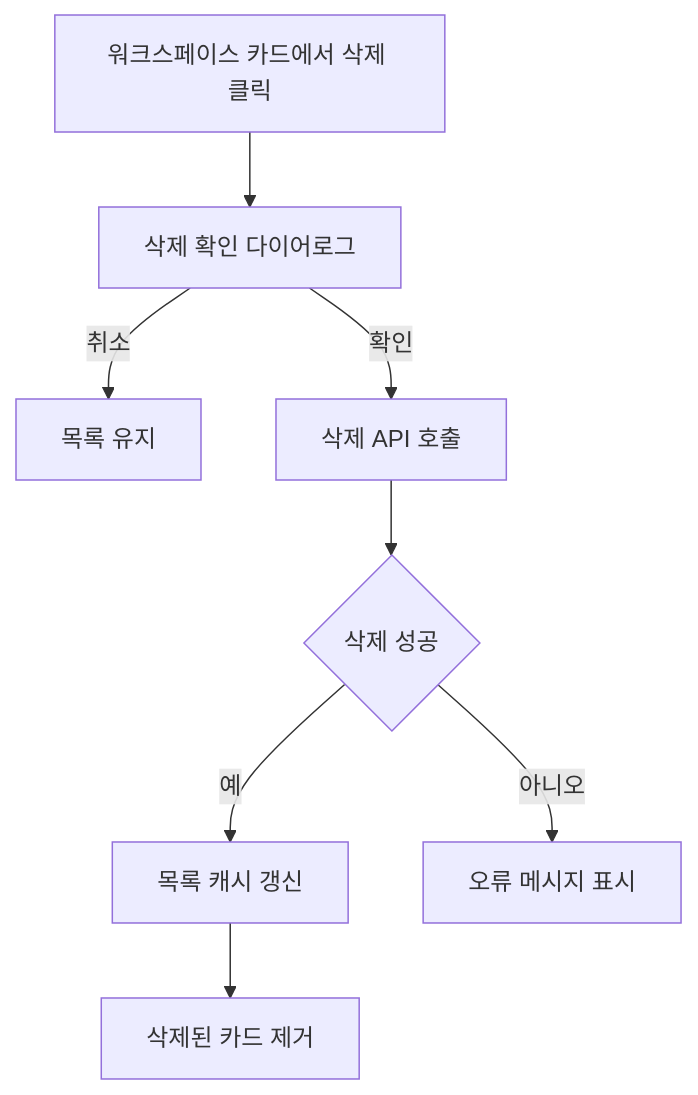
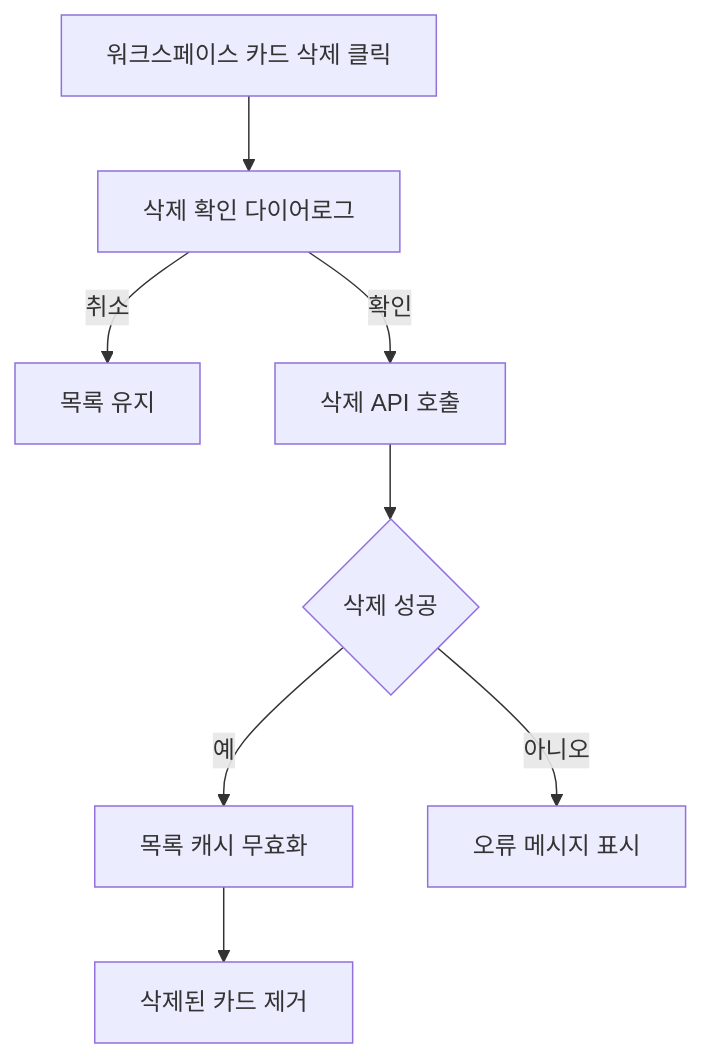
Before and after one commit to dota-pilot1/towercrane-for-uiux: the diagram in pms-task/pms-task-register/프로토 타입 워크 스페이스 삭제에 대한 업무 등록.md, drawn with Mermaid. The commit also changed other lines of this file and 8 other files, not shown here.

````diff
--- a/pms-task/pms-task-register/프로토 타입 워크 스페이스 삭제에 대한 업무 등록.md
+++ b/pms-task/pms-task-register/프로토 타입 워크 스페이스 삭제에 대한 업무 등록.md
@@ -72,10 +74,10 @@
 ```mermaid
 flowchart TD
-  A[워크스페이스 카드에서 삭제 클릭] --> B[삭제 확인 다이어로그]
+  A[워크스페이스 카드 삭제 클릭] --> B[삭제 확인 다이어로그]
   B -->|취소| C[목록 유지]
   B -->|확인| D[삭제 API 호출]
   D --> E{삭제 성공}
-  E -->|예| F[목록 캐시 갱신]
-  E -->|아니오| G[오류 메시지 표시]
-  F --> H[삭제된 카드 제거]
+  E -->|예| F[목록 캐시 무효화]
+  F --> G[삭제된 카드 제거]
+  E -->|아니오| H[오류 메시지 표시]
 ```
````
